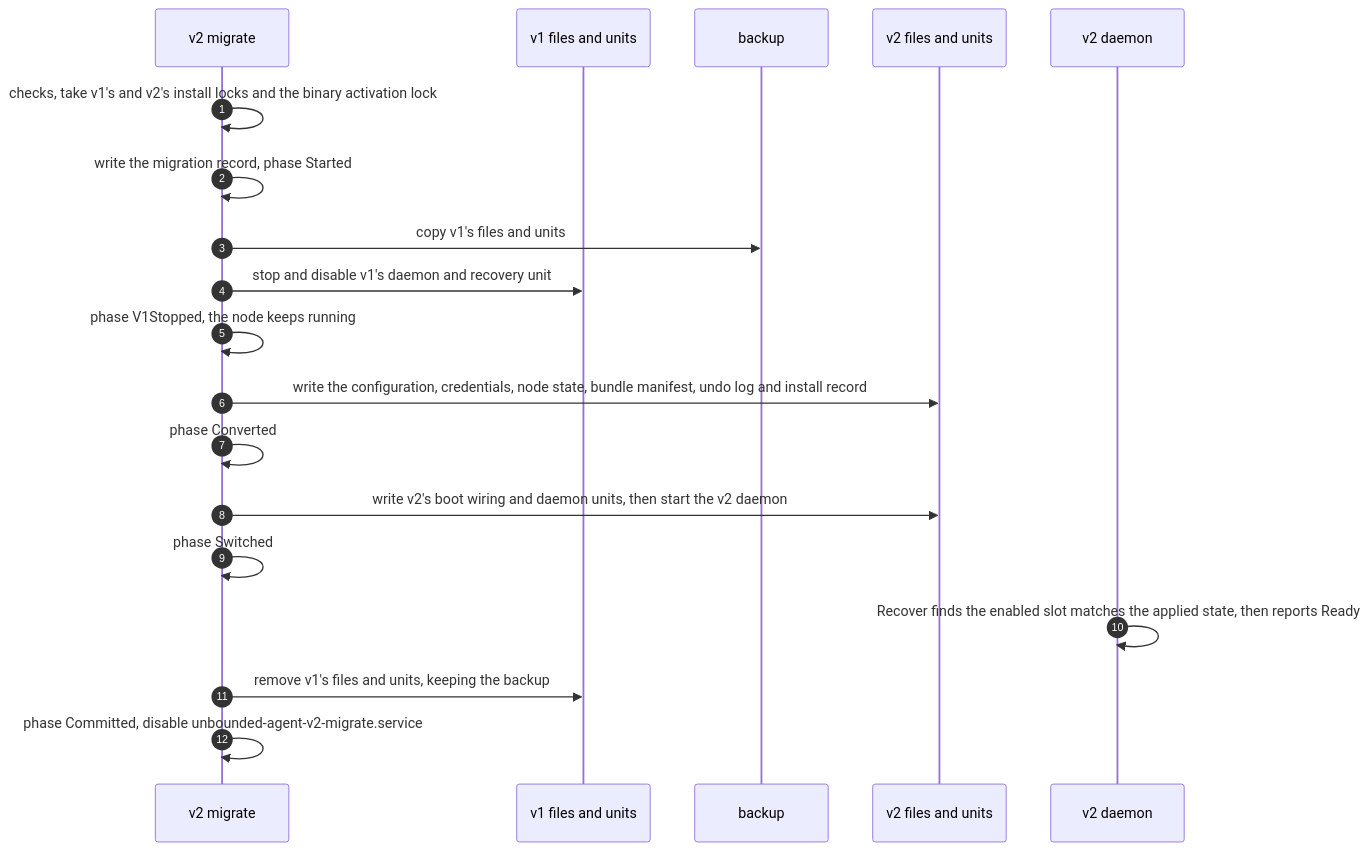
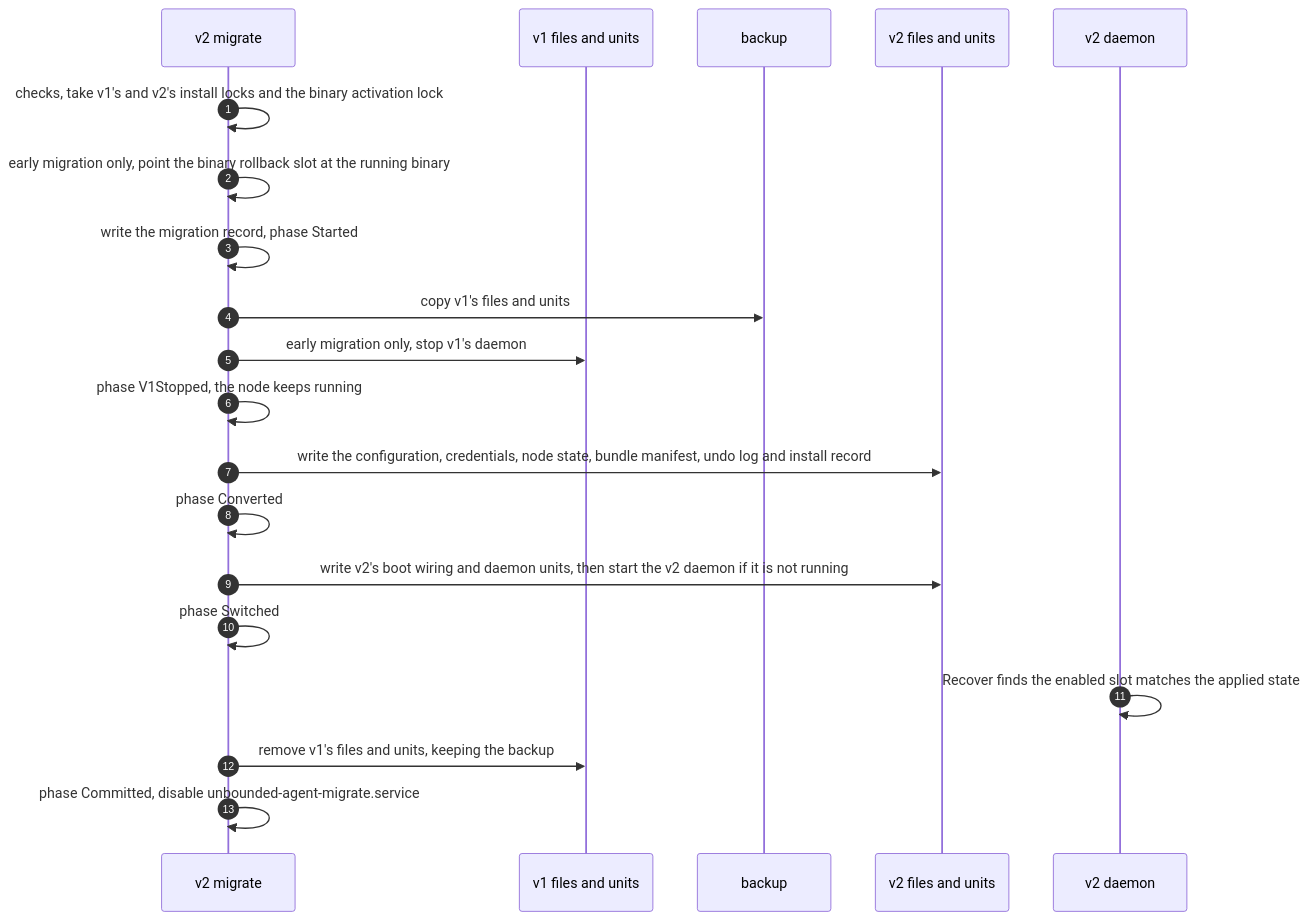
One commit to Azure/unbounded changed the second of 2 diagrams in designs/agent-v2/10-migration-from-v1.md. Above: the diagram before and after it, drawn with Mermaid. The commit also changed other lines of this file and 9 other files, not shown here.

````diff
--- a/designs/agent-v2/10-migration-from-v1.md
+++ b/designs/agent-v2/10-migration-from-v1.md
@@ -116,21 +160,22 @@
 ```mermaid
 sequenceDiagram
   autonumber
   participant MG as v2 migrate
   participant V1 as v1 files and units
   participant BK as backup
   participant V2 as v2 files and units
   participant D2 as v2 daemon
   MG->>MG: checks, take v1's and v2's install locks and the binary activation lock
+  MG->>MG: early migration only, point the binary rollback slot at the running binary
   MG->>MG: write the migration record, phase Started
   MG->>BK: copy v1's files and units
-  MG->>V1: stop and disable v1's daemon and recovery unit
+  MG->>V1: early migration only, stop v1's daemon
   MG->>MG: phase V1Stopped, the node keeps running
   MG->>V2: write the configuration, credentials, node state, bundle manifest, undo log and install record
   MG->>MG: phase Converted
-  MG->>V2: write v2's boot wiring and daemon units, then start the v2 daemon
+  MG->>V2: write v2's boot wiring and daemon units, then start the v2 daemon if it is not running
   MG->>MG: phase Switched
-  D2->>D2: Recover finds the enabled slot matches the applied state, then reports Ready
+  D2->>D2: Recover finds the enabled slot matches the applied state
   MG->>V1: remove v1's files and units, keeping the backup
-  MG->>MG: phase Committed, disable unbounded-agent-v2-migrate.service
+  MG->>MG: phase Committed, disable unbounded-agent-migrate.service
 ```
````
